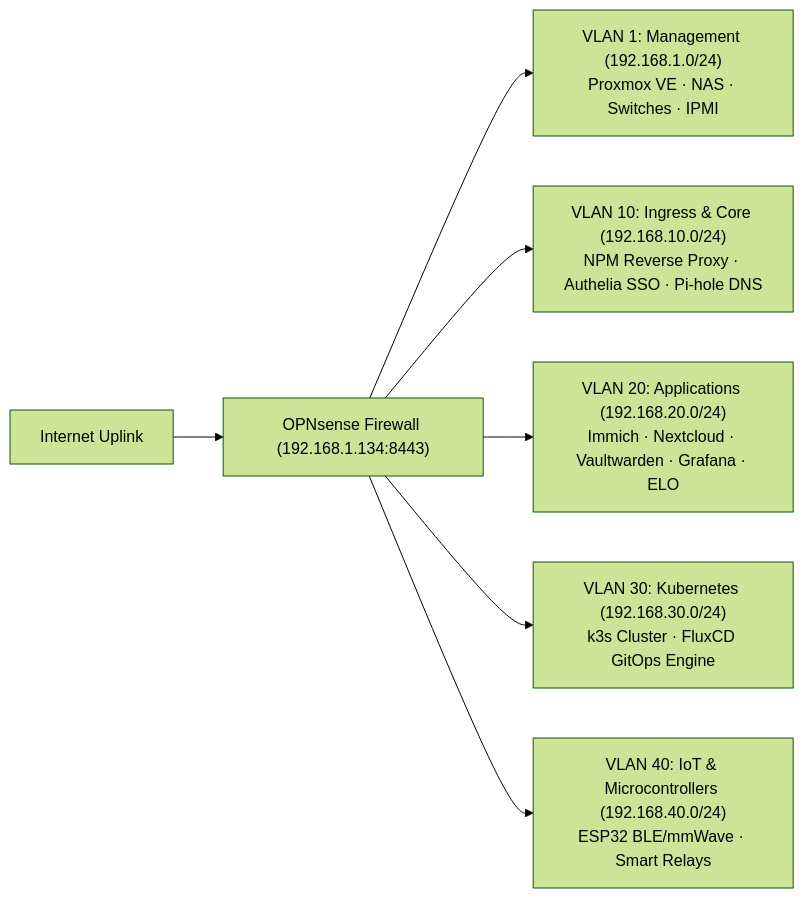
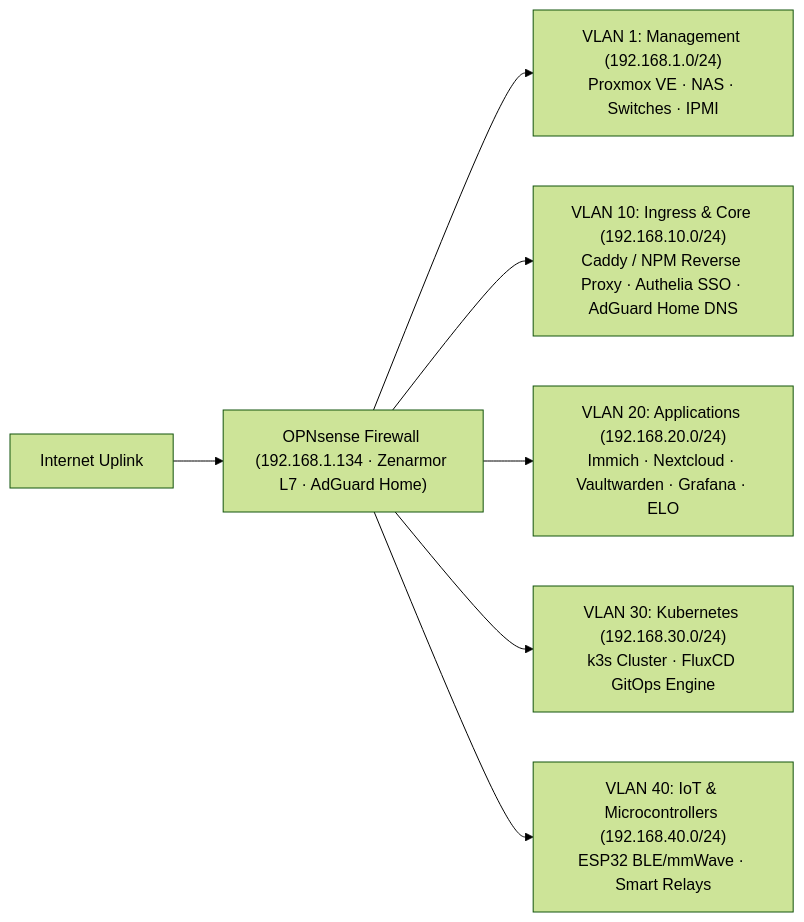
The second of 4 diagrams in ARCHITECTURE.md (stefanutc1/datacenter), drawn with Mermaid (forest theme) before and after one commit. The commit also changed other lines of this file and 14 other files, not shown here.

Commit message:
feat(opnsense): deploy zenarmor, adguard home, caddy, tailscale, and threat feeds; decommission redundant x64 lxcs

````diff
--- a/ARCHITECTURE.md
+++ b/ARCHITECTURE.md
@@ -67,10 +67,10 @@
 ```mermaid
 graph LR
-    WAN["Internet Uplink"] --> OPNsense["OPNsense Firewall (192.168.1.134:8443)"]
+    WAN["Internet Uplink"] --> OPNsense["OPNsense Firewall (192.168.1.134 · Zenarmor L7 · AdGuard Home)"]
 
     OPNsense --> VLAN1["VLAN 1: Management (192.168.1.0/24)<br/>Proxmox VE · NAS · Switches · IPMI"]
-    OPNsense --> VLAN10["VLAN 10: Ingress & Core (192.168.10.0/24)<br/>NPM Reverse Proxy · Authelia SSO · Pi-hole DNS"]
+    OPNsense --> VLAN10["VLAN 10: Ingress & Core (192.168.10.0/24)<br/>Caddy / NPM Reverse Proxy · Authelia SSO · AdGuard Home DNS"]
     OPNsense --> VLAN20["VLAN 20: Applications (192.168.20.0/24)<br/>Immich · Nextcloud · Vaultwarden · Grafana · ELO"]
     OPNsense --> VLAN30["VLAN 30: Kubernetes (192.168.30.0/24)<br/>k3s Cluster · FluxCD GitOps Engine"]
     OPNsense --> VLAN40["VLAN 40: IoT & Microcontrollers (192.168.40.0/24)<br/>ESP32 BLE/mmWave · Smart Relays"]
 ```
````
